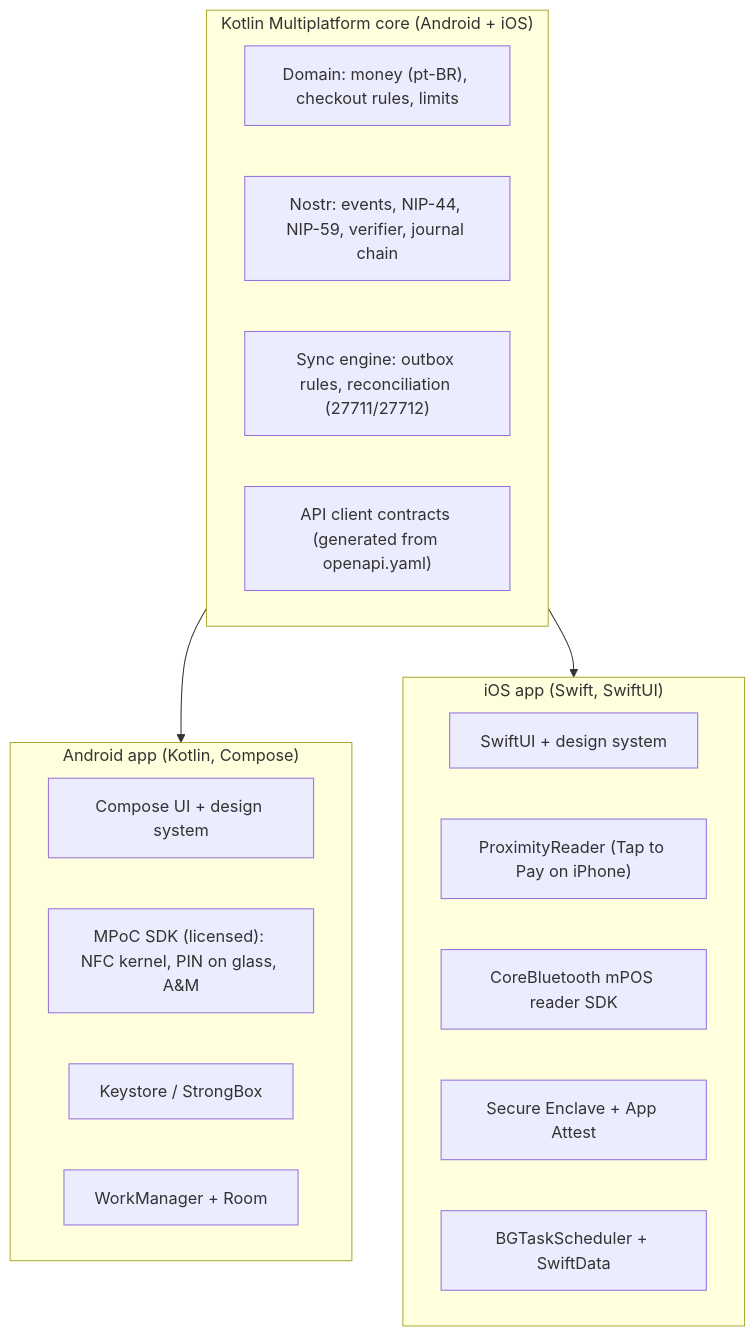
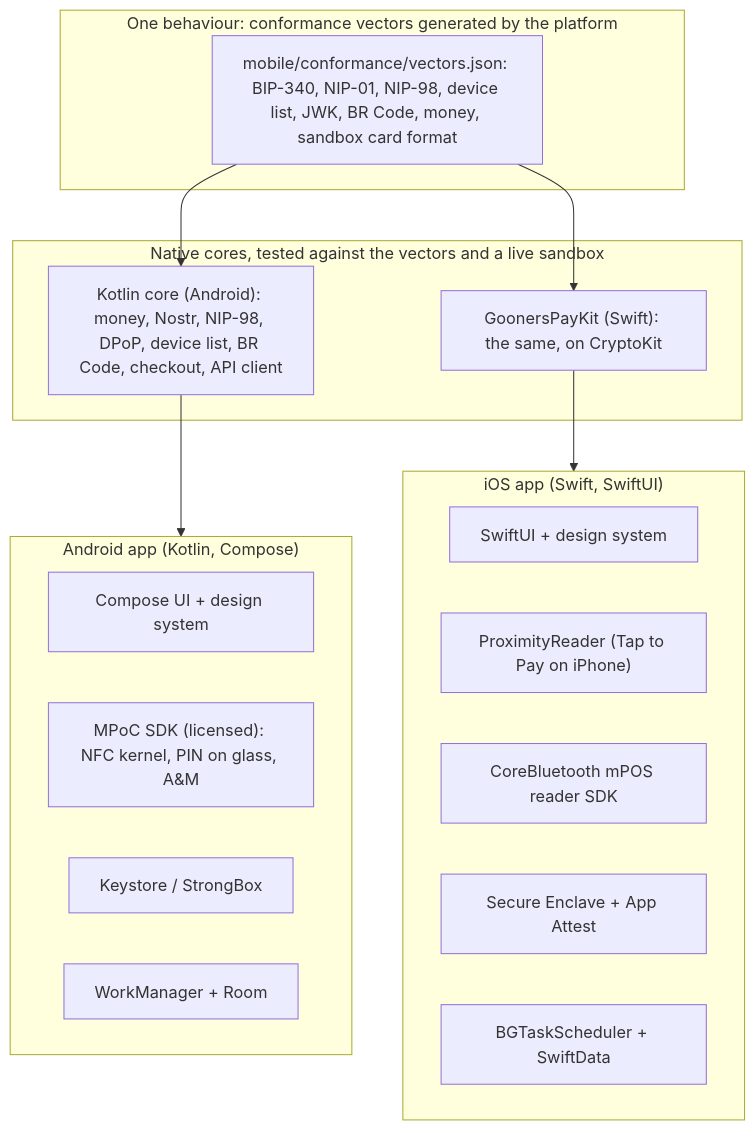
The first of 6 diagrams in payments/docs/05-mobile.md (monolito123/Gooners), drawn with Mermaid before and after one commit. The commit also changed other lines of this file and 39 other files, not shown here.

````diff
--- a/payments/docs/05-mobile.md
+++ b/payments/docs/05-mobile.md
@@ -9,24 +9,27 @@
 ```mermaid
 flowchart TB
-  subgraph Shared["Kotlin Multiplatform core (Android + iOS)"]
-    DOM["Domain: money (pt-BR), checkout rules, limits"]
-    NOS["Nostr: events, NIP-44, NIP-59, verifier, journal chain"]
-    SYNC["Sync engine: outbox rules, reconciliation (27711/27712)"]
-    API["API client contracts (generated from openapi.yaml)"]
+  subgraph Shared["One behaviour: conformance vectors generated by the platform"]
+    VEC["mobile/conformance/vectors.json: BIP-340, NIP-01, NIP-98, device list, JWK, BR Code, money, sandbox card format"]
+  end
+  subgraph Cores["Native cores, tested against the vectors and a live sandbox"]
+    KCORE["Kotlin core (Android): money, Nostr, NIP-98, DPoP, device list, BR Code, checkout, API client"]
+    SCORE["GoonersPayKit (Swift): the same, on CryptoKit"]
   end
   subgraph Android["Android app (Kotlin, Compose)"]
     AUI["Compose UI + design system"]
     AMPOC["MPoC SDK (licensed): NFC kernel, PIN on glass, A&M"]
     AKEY["Keystore / StrongBox"]
     AWM["WorkManager + Room"]
   end
   subgraph iOS["iOS app (Swift, SwiftUI)"]
     IUI["SwiftUI + design system"]
     ITTP["ProximityReader (Tap to Pay on iPhone)"]
     IBLE["CoreBluetooth mPOS reader SDK"]
     ISE["Secure Enclave + App Attest"]
     IBG["BGTaskScheduler + SwiftData"]
   end
-  Shared --> Android
-  Shared --> iOS
+  VEC --> KCORE
+  VEC --> SCORE
+  KCORE --> Android
+  SCORE --> iOS
 ```
````
